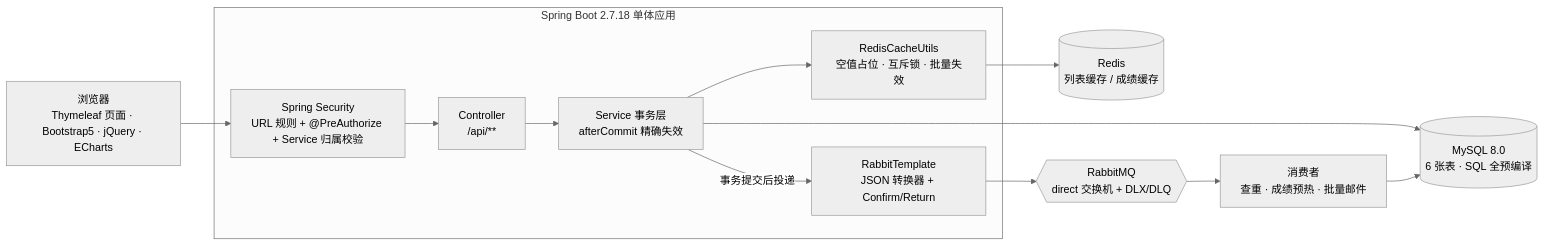
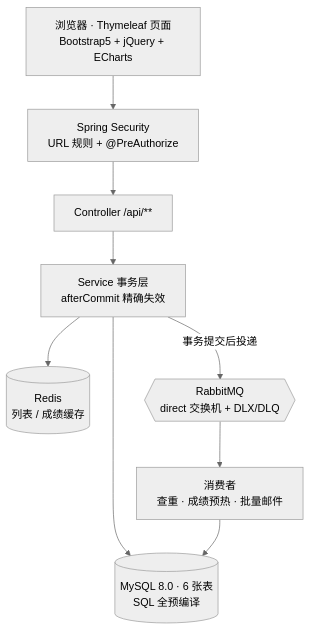
The diagram in README.md (bluehole001/campus-homework), drawn with Mermaid (neutral theme) before and after one commit. The commit also changed other lines of this file, not shown here.

Commit message:
docs: 架构图改竖向布局，避免 GitHub 宽度下被压扁且箭头压住标题
README.md：Mermaid 由 flowchart LR 改为 TD，去掉 subgraph 外框（外框标题会被入边箭头穿过），
节点文案压缩到两行以内；单图在 880px 宽的 GitHub 正文里可读，已用 mermaid v10 实际渲染验证。

````diff
--- a/README.md
+++ b/README.md
@@ -166,19 +168,15 @@
 ```mermaid
-flowchart LR
-  B["浏览器<br/>Thymeleaf 页面 · Bootstrap5 · jQuery · ECharts"]
-  subgraph APP["Spring Boot 2.7.18 单体应用"]
-    SEC["Spring Security<br/>URL 规则 + @PreAuthorize + Service 归属校验"]
-    C["Controller<br/>/api/**"]
-    S["Service 事务层<br/>afterCommit 精确失效"]
-    RC["RedisCacheUtils<br/>空值占位 · 互斥锁 · 批量失效"]
-    RT["RabbitTemplate<br/>JSON 转换器 + Confirm/Return"]
-  end
-  DB[("MySQL 8.0<br/>6 张表 · SQL 全预编译")]
-  R[("Redis<br/>列表缓存 / 成绩缓存")]
+flowchart TD
+  B["浏览器 · Thymeleaf 页面<br/>Bootstrap5 + jQuery + ECharts"]
+  SEC["Spring Security<br/>URL 规则 + @PreAuthorize"]
+  C["Controller /api/**"]
+  S["Service 事务层<br/>afterCommit 精确失效"]
+  DB[("MySQL 8.0 · 6 张表<br/>SQL 全预编译")]
+  R[("Redis<br/>列表 / 成绩缓存")]
   MQ{{"RabbitMQ<br/>direct 交换机 + DLX/DLQ"}}
   W["消费者<br/>查重 · 成绩预热 · 批量邮件"]
   B --> SEC --> C --> S
   S --> DB
-  S --> RC --> R
-  S -->|事务提交后投递| RT --> MQ --> W --> DB
+  S --> R
+  S -->|"事务提交后投递"| MQ --> W --> DB
 ```
````
